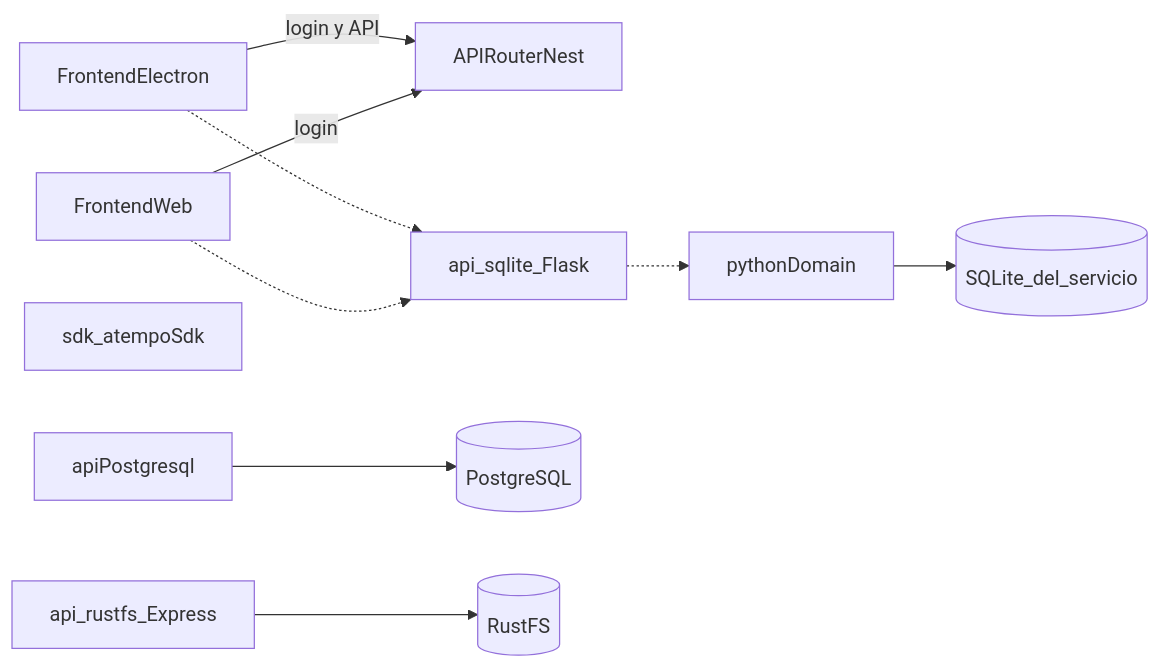
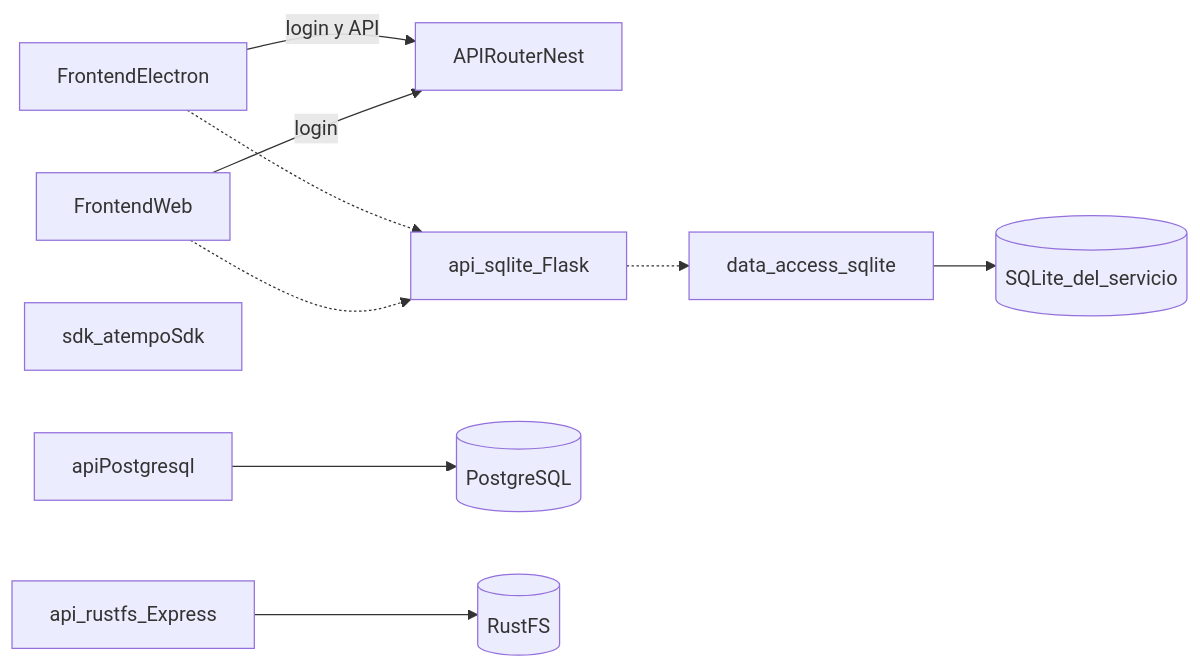
One commit to venturars/aTempo changed the first of 2 diagrams in docs/ARCHITECTURE.md. Above: the diagram before and after it, drawn with Mermaid. The commit also changed other lines of this file and 111 other files, not shown here.

First line of the commit message:
refactor(data-access): rename data-access/python to data-access/sqlite

````diff
--- a/docs/ARCHITECTURE.md
+++ b/docs/ARCHITECTURE.md
@@ -17,22 +17,22 @@
 ```mermaid
 flowchart LR
   electron[FrontendElectron]
   web[FrontendWeb]
   router[APIRouterNest]
   sdk[sdk_atempoSdk]
   sqliteApi[api_sqlite_Flask]
-  pythonDomain[pythonDomain]
+  sqliteDataAccess[data_access_sqlite]
   serviceSqlite[(SQLite_del_servicio)]
   apiPg[apiPostgresql]
   postgres[(PostgreSQL)]
   objectApi[api_rustfs_Express]
   rustfs[(RustFS)]
   electron -->|login y API| router
   web -->|login| router
   electron -.-> sqliteApi
   web -.-> sqliteApi
-  sqliteApi -.-> pythonDomain
-  pythonDomain --> serviceSqlite
+  sqliteApi -.-> sqliteDataAccess
+  sqliteDataAccess --> serviceSqlite
   apiPg --> postgres
   objectApi --> rustfs
 ```
````
